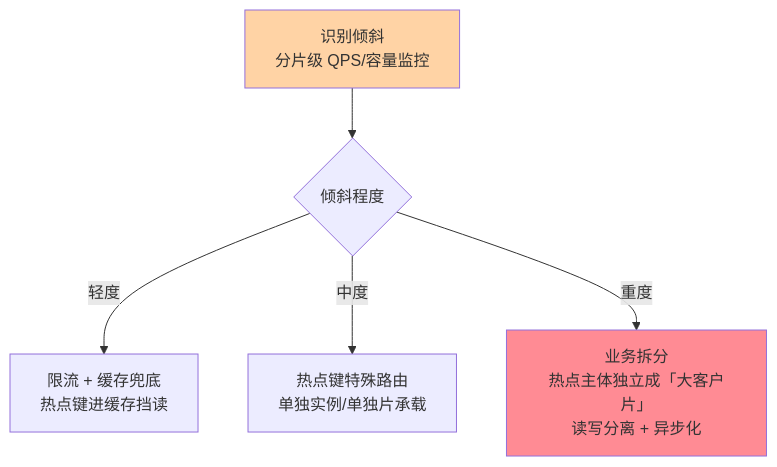
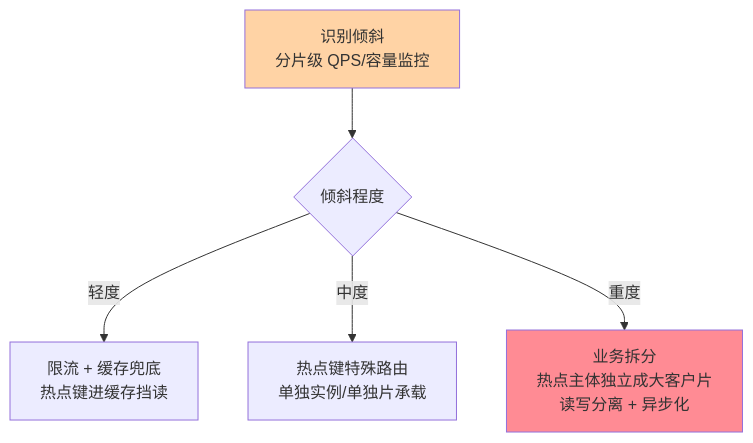
One commit to xiaobo1997/programmer-knowledge-graph changed the third of 4 diagrams in docs/data/mysql/专题层/分库分表深度/2_分片键设计-深度.md. Above: the diagram before and after it, drawn with Mermaid. The commit also changed other lines of this file and 12 other files, not shown here.

````diff
--- a/docs/data/mysql/专题层/分库分表深度/2_分片键设计-深度.md
+++ b/docs/data/mysql/专题层/分库分表深度/2_分片键设计-深度.md
@@ -72,9 +114,9 @@
 ```mermaid
 flowchart TD
     T["识别倾斜<br/>分片级 QPS/容量监控"] --> J{"倾斜程度"}
     J -->|"轻度"| A["限流 + 缓存兜底<br/>热点键进缓存挡读"]
     J -->|"中度"| B["热点键特殊路由<br/>单独实例/单独片承载"]
-    J -->|"重度"| C["业务拆分<br/>热点主体独立成「大客户片」<br/>读写分离 + 异步化"]
+    J -->|"重度"| C["业务拆分<br/>热点主体独立成大客户片<br/>读写分离 + 异步化"]
     style T fill:#ffd3a5
     style C fill:#ff8b94
 ```
````
